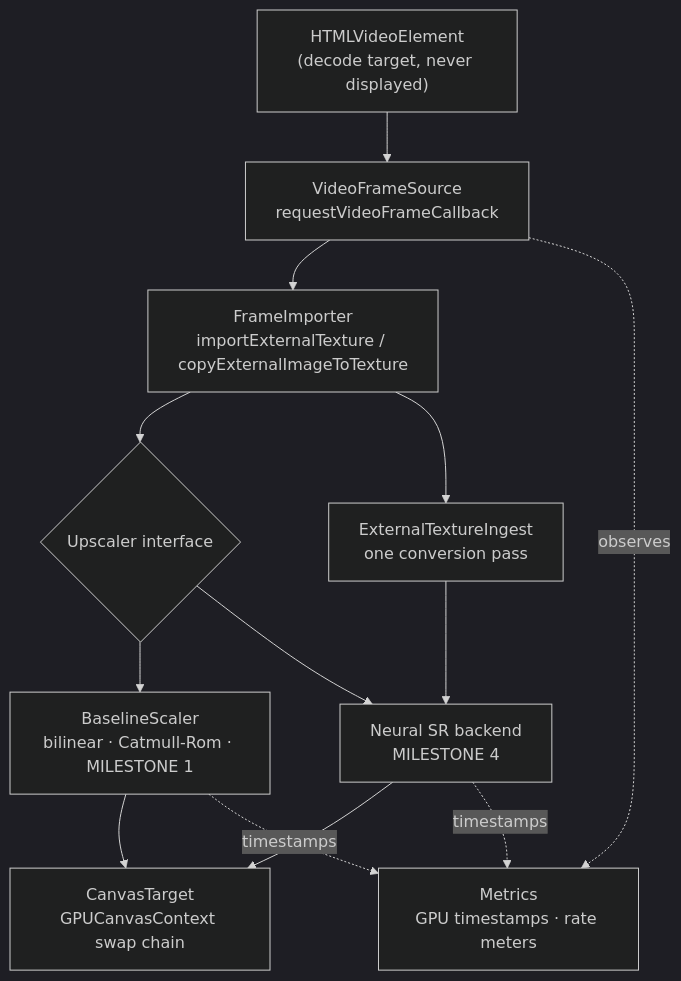
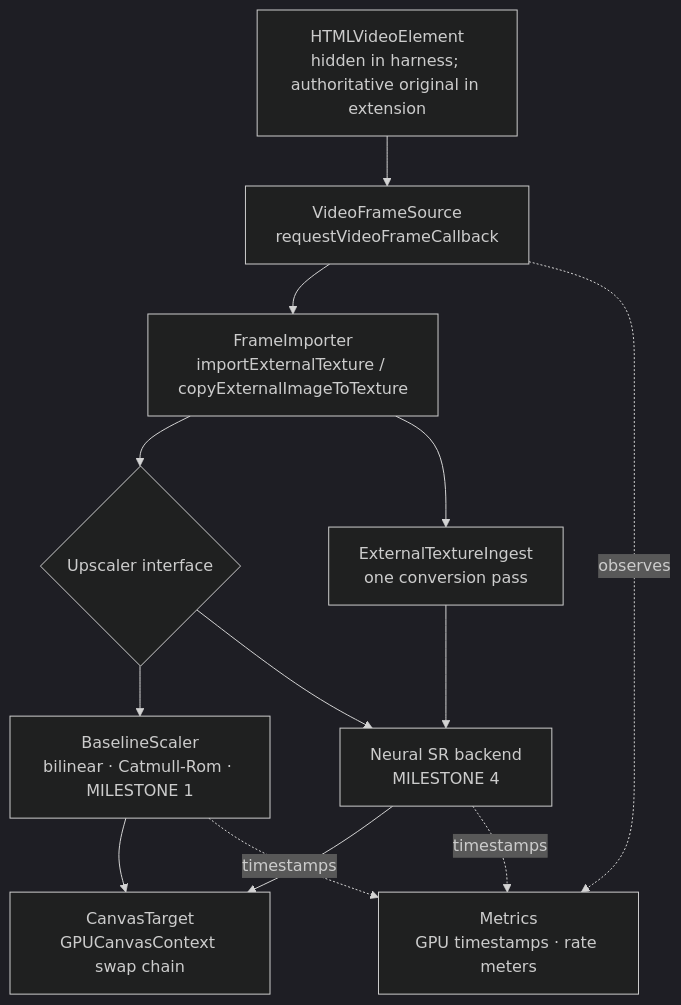
The diagram in ARCHITECTURE.md (yassinsolim/AetherVSR), drawn with Mermaid (dark theme) before and after one commit. The commit also changed other lines of this file and 32 other files, not shown here.

````diff
--- a/ARCHITECTURE.md
+++ b/ARCHITECTURE.md
@@ -33,24 +40,24 @@
 ```mermaid
 flowchart TD
-    V["HTMLVideoElement<br/>(decode target, never displayed)"]
+    V["HTMLVideoElement<br/>hidden in harness; authoritative original in extension"]
     S["VideoFrameSource<br/>requestVideoFrameCallback"]
     I["FrameImporter<br/>importExternalTexture / copyExternalImageToTexture"]
     U{"Upscaler interface"}
     B["BaselineScaler<br/>bilinear · Catmull-Rom · MILESTONE 1"]
     N["Neural SR backend<br/>MILESTONE 4"]
     C["CanvasTarget<br/>GPUCanvasContext swap chain"]
     M["Metrics<br/>GPU timestamps · rate meters"]
 
     G["ExternalTextureIngest<br/>one conversion pass"]
 
     V --> S --> I --> U
     U --> B
     I --> G
     G --> N
     U --> N
     B --> C
     N --> C
     S -.observes.-> M
     B -.timestamps.-> M
     N -.timestamps.-> M
 ```
````
